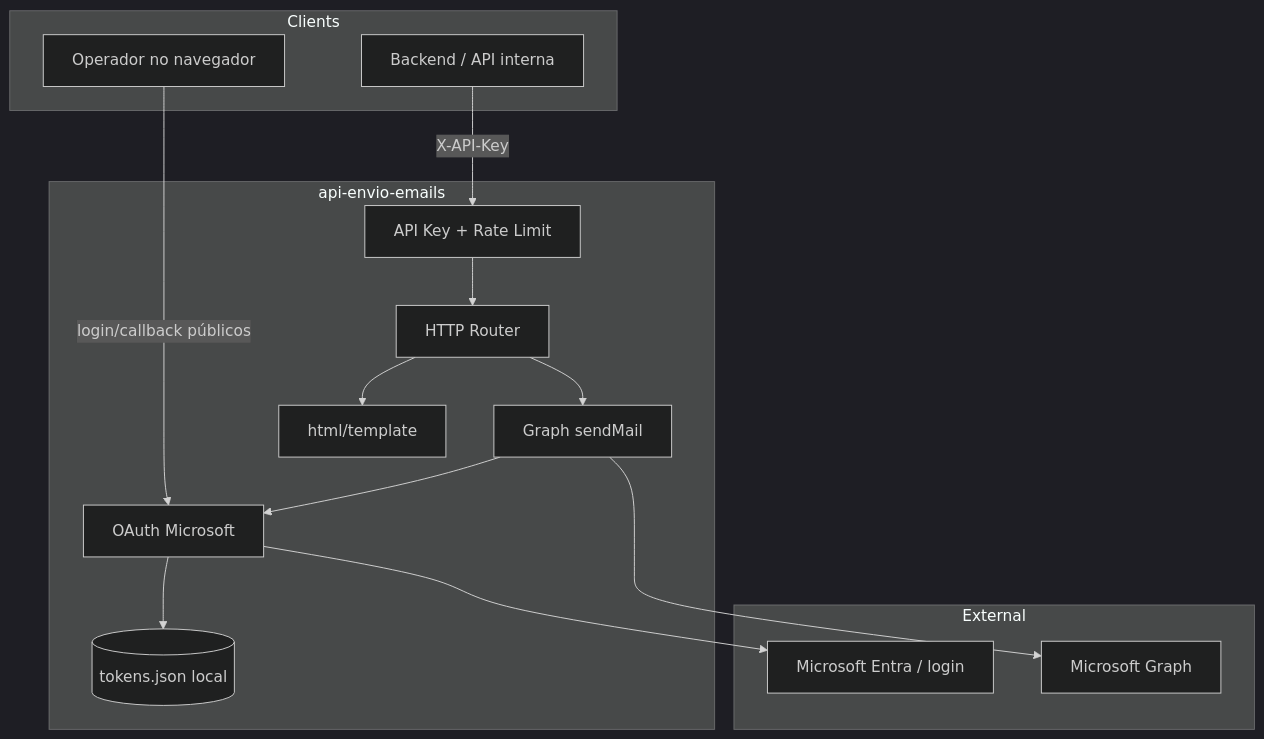
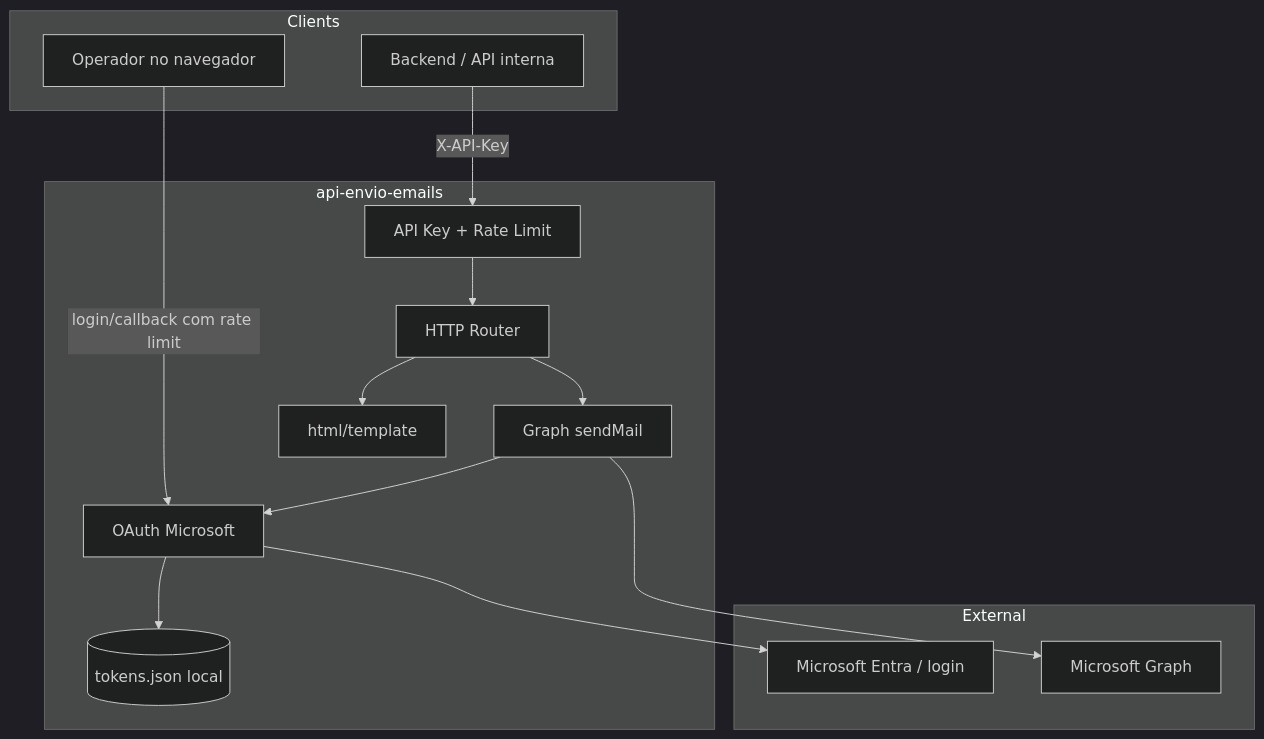
Before and after one commit to GustavoCamargodaSilva/api-envio-emails-microsoft: the first of 3 diagrams in docs/architecture.md, drawn with Mermaid (dark theme). The commit also changed other lines of this file and 8 other files, not shown here.

Commit message:
Endurece OAuth com rate limit, rejeita htmlBody cru e valida destinatários/tamanho do JSON.

````diff
--- a/docs/architecture.md
+++ b/docs/architecture.md
@@ -7,30 +7,30 @@
 ```mermaid
 flowchart TB
     subgraph Clients
         Backend[Backend / API interna]
         Operator[Operador no navegador]
     end
 
     subgraph API["api-envio-emails"]
         Router[HTTP Router]
         AuthMW[API Key + Rate Limit]
         OAuth[OAuth Microsoft]
         Mailer[Graph sendMail]
         Tpl[html/template]
         Store[(tokens.json local)]
     end
 
     subgraph External
         Entra[Microsoft Entra / login]
         Graph[Microsoft Graph]
     end
 
     Backend -->|X-API-Key| AuthMW --> Router
-    Operator -->|login/callback públicos| OAuth
+    Operator -->|login/callback com rate limit| OAuth
     OAuth --> Entra
     OAuth --> Store
     Router --> Tpl
     Router --> Mailer
     Mailer --> OAuth
     Mailer --> Graph
 ```
````
